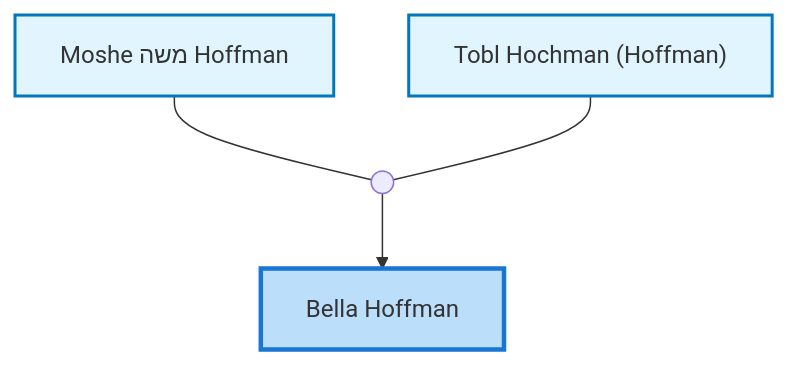
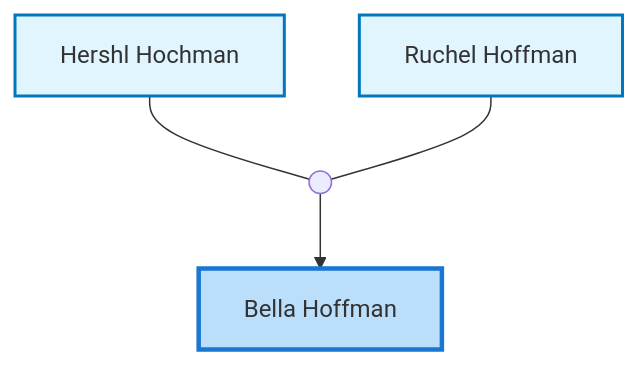
The first of 3 diagrams in site/content/profiles/Bella Hoffman.md (moshehoff/FamilyHistory), drawn with Mermaid before and after one commit. The commit also changed other lines of this file and 133 other files, not shown here.

Commit message:
Update Moshe Hoffman ID: I10 -> I11052340 and rename I38516664 biography

````diff
--- a/site/content/profiles/Bella Hoffman.md
+++ b/site/content/profiles/Bella Hoffman.md
@@ -22,19 +22,19 @@
 ```mermaid
 flowchart TD
 classDef person fill:#e1f5fe,stroke:#0277bd,stroke-width:2px;
 classDef internal-link fill:#e1f5fe,stroke:#0277bd,stroke-width:2px;
 classDef current fill:#bbdefb,stroke:#1976d2,stroke-width:3px;
-idI13["Bella Hoffman"]
-class idI13 current
-click idI13 "../profiles/Bella-Hoffman" "Bella Hoffman"
-idI10["Moshe משה Hoffman"]
-class idI10 internal-link
-click idI10 "../profiles/Moshe-%D7%9E%D7%A9%D7%94-Hoffman" "Moshe משה Hoffman"
-idI11["Tobl Hochman (Hoffman)"]
-class idI11 internal-link
-click idI11 "../profiles/Tobl-Hochman-%28Hoffman%29" "Tobl Hochman (Hoffman)"
-marriage_idF3((" "))
-idI10 --- marriage_idF3
-idI11 --- marriage_idF3
-marriage_idF3 --> idI13
+idI40779121["Bella Hoffman"]
+class idI40779121 current
+click idI40779121 "../profiles/Bella-Hoffman" "Bella Hoffman"
+idI39965497["Hershl Hochman"]
+class idI39965497 internal-link
+click idI39965497 "../profiles/Hershl-Hochman" "Hershl Hochman"
+idI40778657["Ruchel Hoffman"]
+class idI40778657 internal-link
+click idI40778657 "../profiles/Ruchel-Hoffman" "Ruchel Hoffman"
+marriage_idF13934435((" "))
+idI39965497 --- marriage_idF13934435
+idI40778657 --- marriage_idF13934435
+marriage_idF13934435 --> idI40779121
 ```
````
